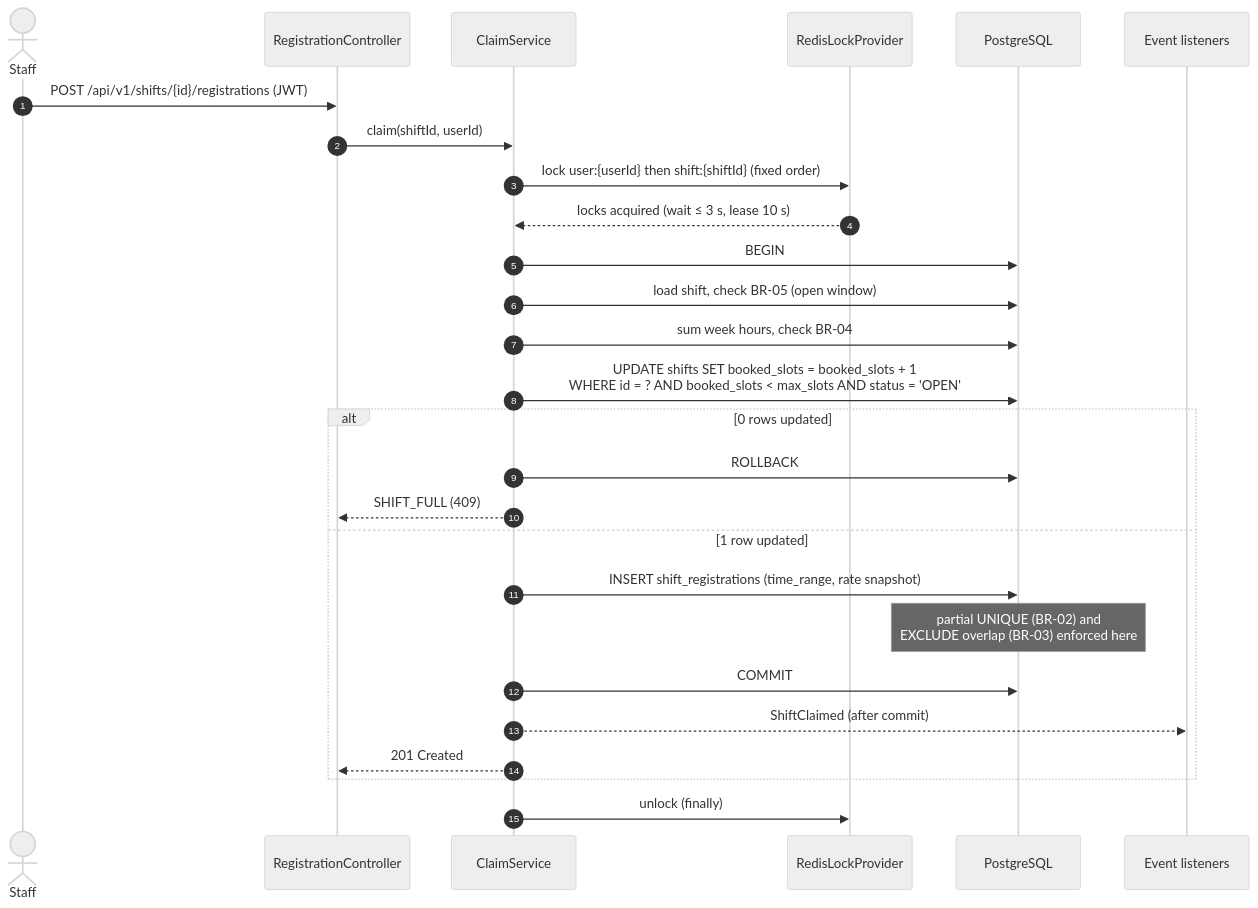
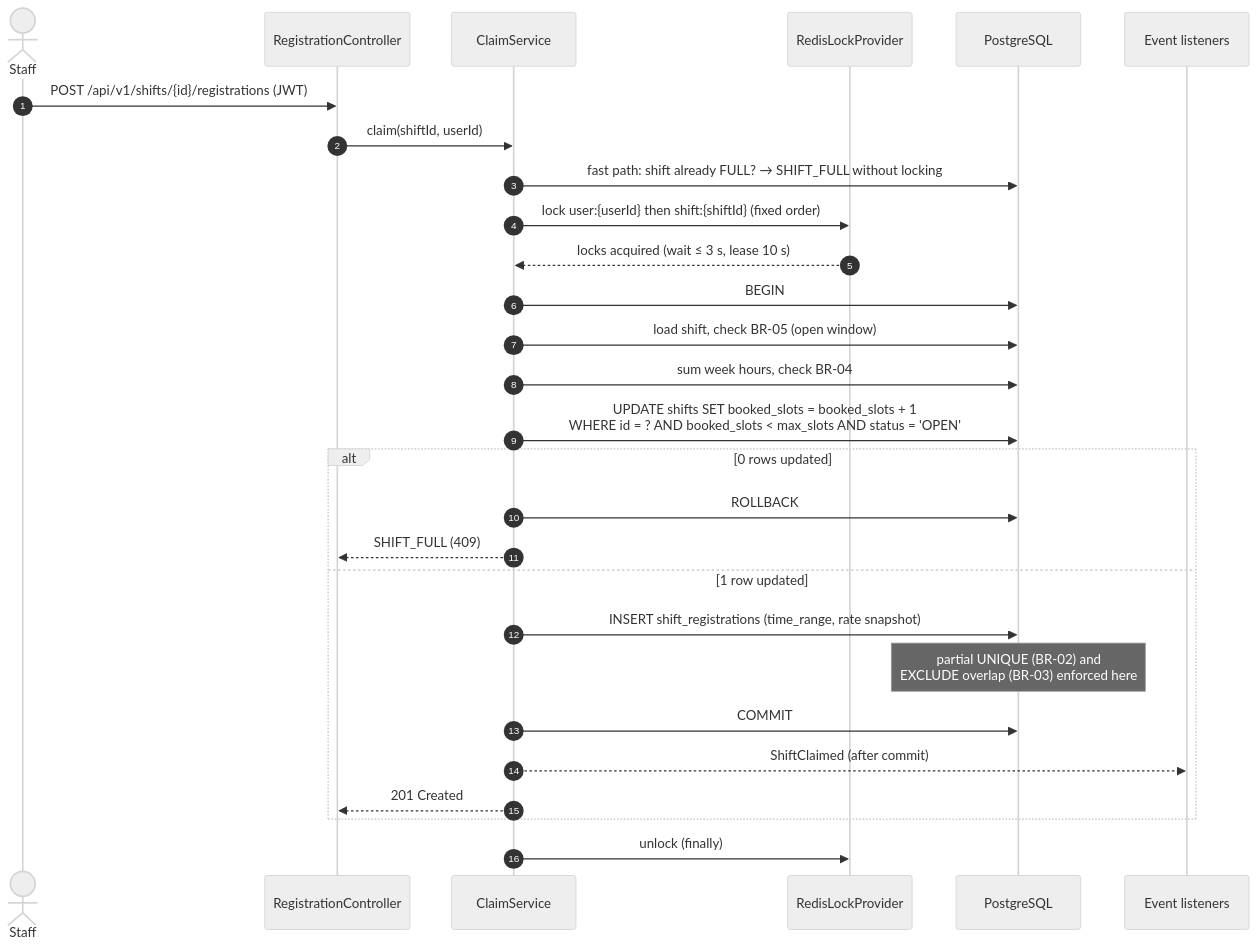
The fourth of 5 diagrams in docs/design/architecture.md (LukastGeorge/Automated-Shift-Registration-Claiming-System-ShiftGrab-), drawn with Mermaid (neutral theme) before and after one commit. The commit also changed 8 other files, not shown here.

````diff
--- a/docs/design/architecture.md
+++ b/docs/design/architecture.md
@@ -95,29 +95,30 @@
 ```mermaid
 sequenceDiagram
   autonumber
   actor S as Staff
   participant API as RegistrationController
   participant SVC as ClaimService
   participant L as RedisLockProvider
   participant DB as PostgreSQL
   participant EV as Event listeners
   S->>API: POST /api/v1/shifts/{id}/registrations (JWT)
   API->>SVC: claim(shiftId, userId)
+  SVC->>DB: fast path: shift already FULL? → SHIFT_FULL without locking
   SVC->>L: lock user:{userId} then shift:{shiftId} (fixed order)
   L-->>SVC: locks acquired (wait ≤ 3 s, lease 10 s)
   SVC->>DB: BEGIN
   SVC->>DB: load shift, check BR-05 (open window)
   SVC->>DB: sum week hours, check BR-04
   SVC->>DB: UPDATE shifts SET booked_slots = booked_slots + 1<br/>WHERE id = ? AND booked_slots < max_slots AND status = 'OPEN'
   alt 0 rows updated
     SVC->>DB: ROLLBACK
     SVC-->>API: SHIFT_FULL (409)
   else 1 row updated
     SVC->>DB: INSERT shift_registrations (time_range, rate snapshot)
     Note over DB: partial UNIQUE (BR-02) and<br/>EXCLUDE overlap (BR-03) enforced here
     SVC->>DB: COMMIT
     SVC-->>EV: ShiftClaimed (after commit)
     SVC-->>API: 201 Created
   end
   SVC->>L: unlock (finally)
 ```
````
